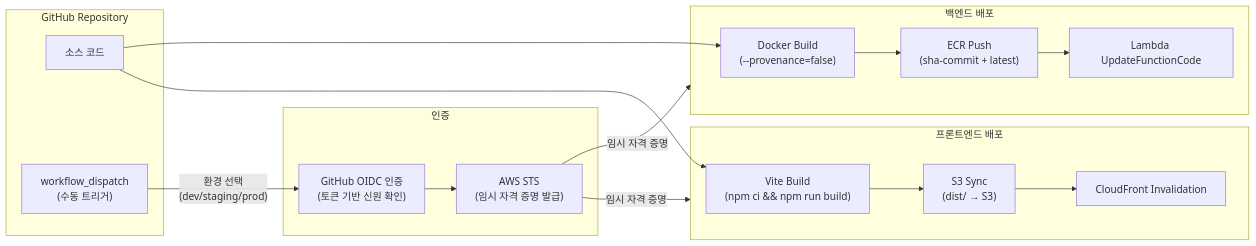
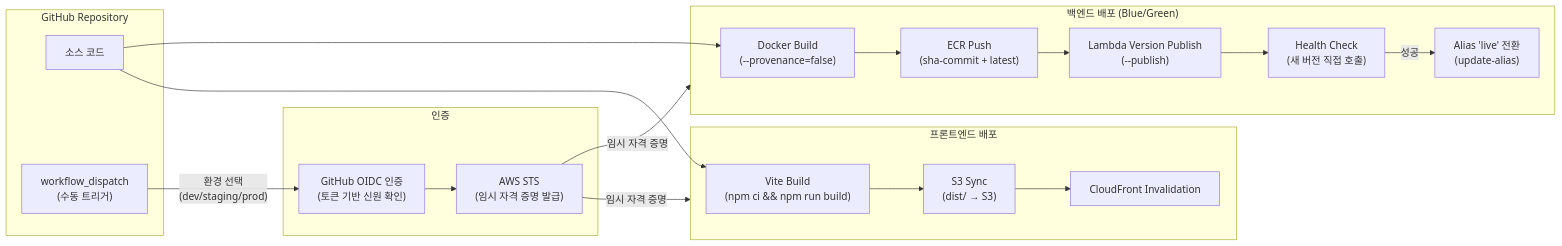
One commit to revenantonthemission/2-cho-community-fe changed the seventh of 18 diagrams in report.md. Above: the diagram before and after it, drawn with Mermaid. The commit also changed other lines of this file and 1 other file, not shown here.

````diff
--- a/report.md
+++ b/report.md
@@ -373,37 +391,41 @@
 ```mermaid
 flowchart LR
     subgraph GitHub["GitHub Repository"]
         Code["소스 코드"]
         WD["workflow_dispatch<br/>(수동 트리거)"]
     end
 
     subgraph Auth["인증"]
         OIDC["GitHub OIDC 인증<br/>(토큰 기반 신원 확인)"]
         STS["AWS STS<br/>(임시 자격 증명 발급)"]
     end
 
-    subgraph Backend_Deploy["백엔드 배포"]
+    subgraph Backend_Deploy["백엔드 배포 (Blue/Green)"]
         Docker["Docker Build<br/>(--provenance=false)"]
         ECR_Push["ECR Push<br/>(sha-commit + latest)"]
-        Lambda_Update["Lambda UpdateFunctionCode"]
+        Lambda_Publish["Lambda Version Publish<br/>(--publish)"]
+        Health["Health Check<br/>(새 버전 직접 호출)"]
+        Alias_Switch["Alias 'live' 전환<br/>(update-alias)"]
     end
 
     subgraph Frontend_Deploy["프론트엔드 배포"]
         FE_Build["Vite Build<br/>(npm ci && npm run build)"]
         S3_Sync["S3 Sync<br/>(dist/ → S3)"]
         CF_Inv["CloudFront Invalidation"]
     end
 
     WD -->|"환경 선택<br/>(dev/staging/prod)"| OIDC
     OIDC --> STS
     STS -->|"임시 자격 증명"| Backend_Deploy
     STS -->|"임시 자격 증명"| Frontend_Deploy
 
     Code --> Docker
     Docker --> ECR_Push
-    ECR_Push --> Lambda_Update
+    ECR_Push --> Lambda_Publish
+    Lambda_Publish --> Health
+    Health -->|"성공"| Alias_Switch
 
     Code --> FE_Build
     FE_Build --> S3_Sync
     S3_Sync --> CF_Inv
 ```
````
